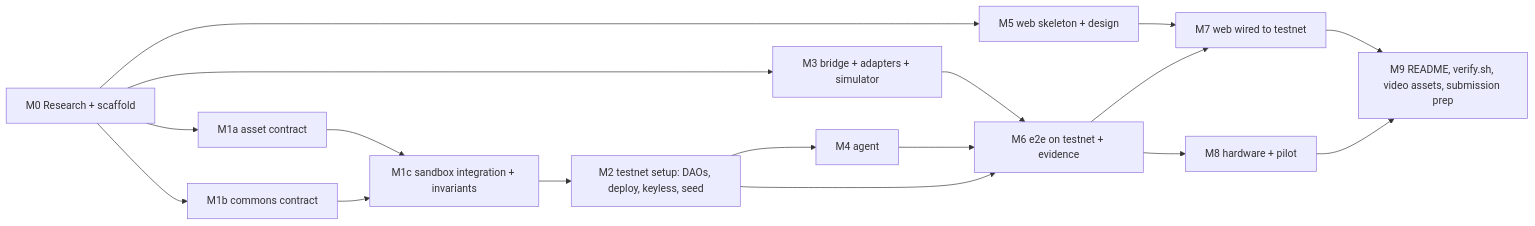
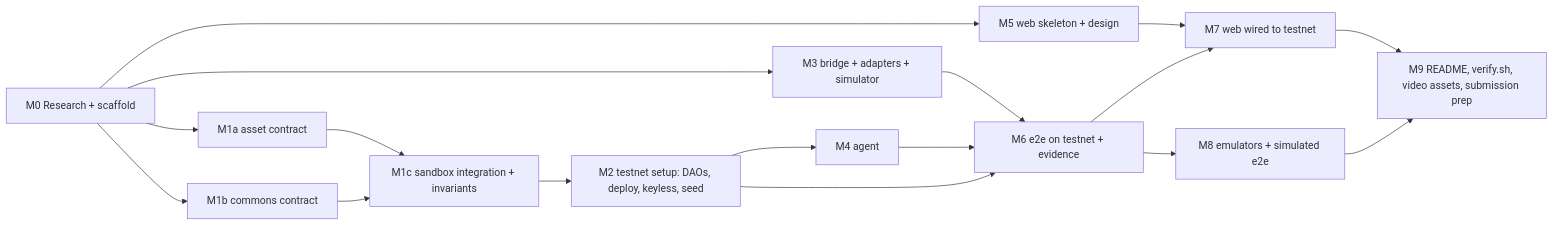
The diagram in docs/TASKS.md (anilkaracay/commonkit), drawn with Mermaid before and after one commit. The commit also changed other lines of this file and 10 other files, not shown here.

````diff
--- a/docs/TASKS.md
+++ b/docs/TASKS.md
@@ -5,19 +5,19 @@
 ```mermaid
 flowchart LR
     M0[M0 Research + scaffold] --> M1A[M1a asset contract]
     M0 --> M1B[M1b commons contract]
     M0 --> M3[M3 bridge + adapters + simulator]
     M0 --> M5[M5 web skeleton + design]
     M1A --> M1C[M1c sandbox integration + invariants]
     M1B --> M1C
     M1C --> M2[M2 testnet setup: DAOs, deploy, keyless, seed]
     M2 --> M4[M4 agent]
     M3 --> M6[M6 e2e on testnet + evidence]
     M4 --> M6
     M2 --> M6
     M5 --> M7[M7 web wired to testnet]
     M6 --> M7
-    M6 --> M8[M8 hardware + pilot]
+    M6 --> M8[M8 emulators + simulated e2e]
     M7 --> M9[M9 README, verify.sh, video assets, submission prep]
     M8 --> M9
 ```
````
